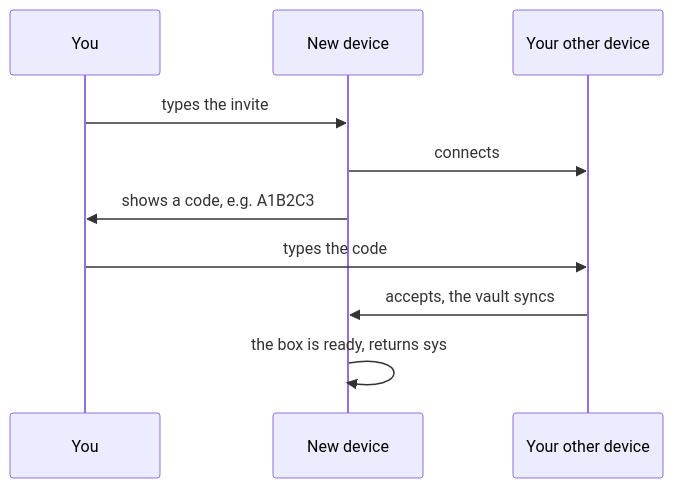
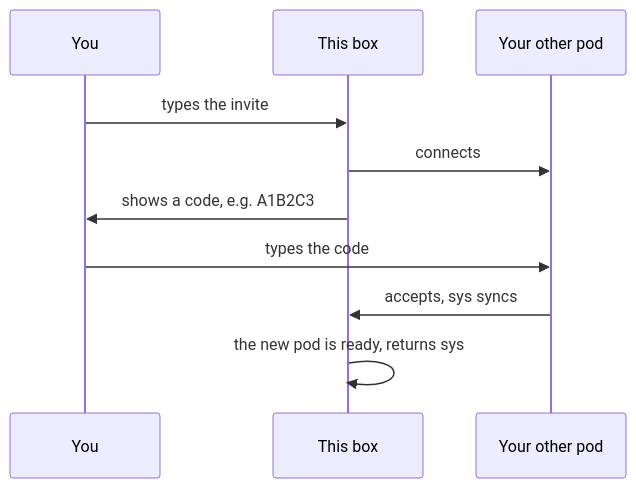
The third of 4 diagrams in PROPOSAL.md (playproject-io/datashell), drawn with Mermaid before and after one commit. The commit also changed other lines of this file, not shown here.

Commit message:
docs: box UI as a hypervisor for pods (a box is one website origin, tabs can open the same or different pods), only the public key is stored, devices become pods in sys

````diff
--- a/PROPOSAL.md
+++ b/PROPOSAL.md
@@ -787,12 +807,12 @@
 ```mermaid
 sequenceDiagram
   participant Y as You
-  participant N as New device
-  participant O as Your other device
+  participant N as This box
+  participant O as Your other pod
   Y->>N: types the invite
   N->>O: connects
   N->>Y: shows a code, e.g. A1B2C3
   Y->>O: types the code
-  O->>N: accepts, the vault syncs
-  N->>N: the box is ready, returns sys
+  O->>N: accepts, sys syncs
+  N->>N: the new pod is ready, returns sys
 ```
````
